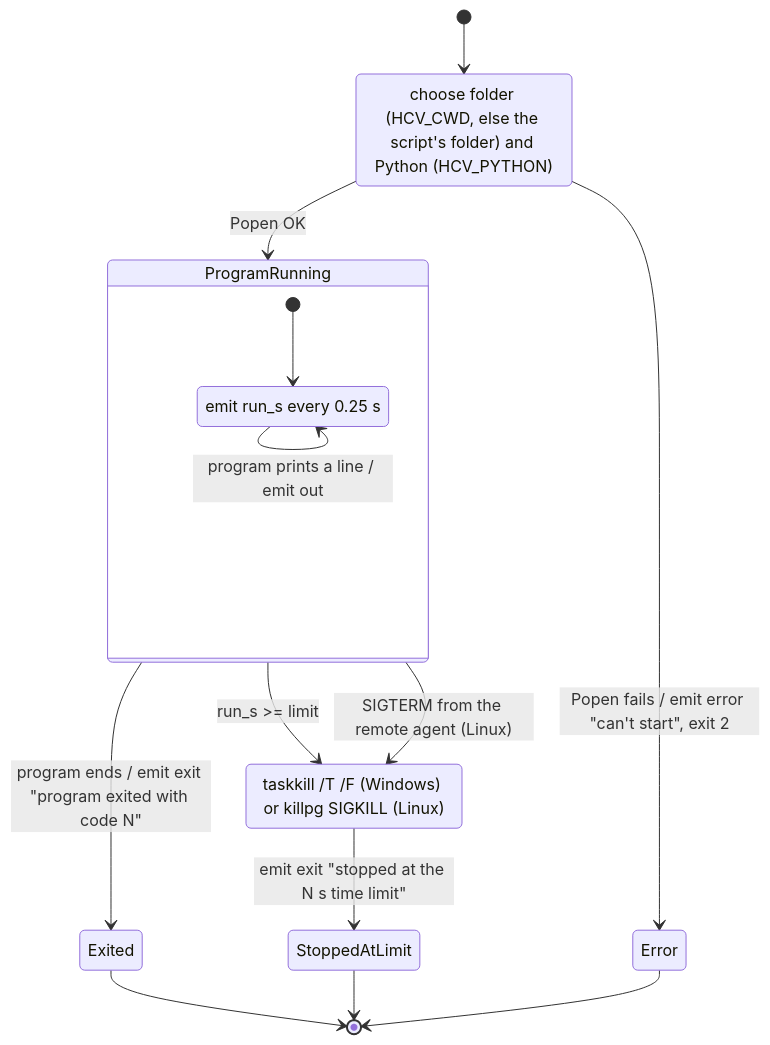
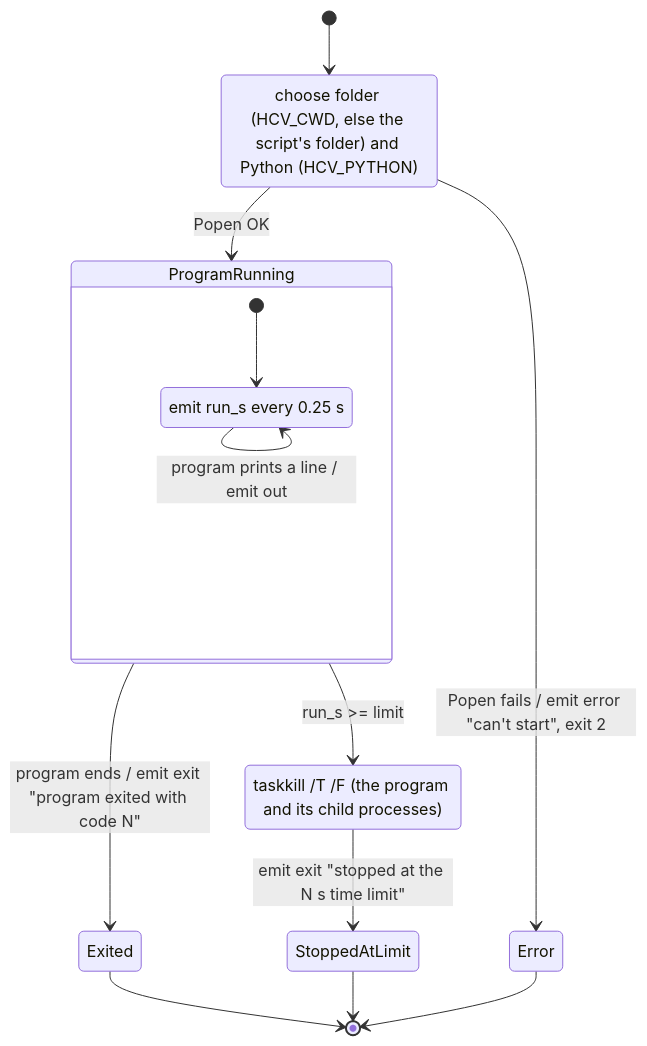
Before and after one commit to AndreMercado/HardwareComputeVisualizer: the third of 3 diagrams in docs/STATECHARTS.md, drawn with Mermaid. The commit also changed other lines of this file and 39 other files, not shown here.

````diff
--- a/docs/STATECHARTS.md
+++ b/docs/STATECHARTS.md
@@ -181,23 +141,22 @@
 ```mermaid
 stateDiagram-v2
     direction TB
     [*] --> Launch
     Launch : choose folder (HCV_CWD, else the script's folder) and Python (HCV_PYTHON)
     Launch --> Error : Popen fails / emit error "can't start", exit 2
     Launch --> ProgramRunning : Popen OK
 
     state ProgramRunning {
         [*] --> Heartbeat
         Heartbeat : emit run_s every 0.25 s
         Heartbeat --> Heartbeat : program prints a line / emit out
     }
     ProgramRunning --> Exited : program ends / emit exit "program exited with code N"
     ProgramRunning --> KillTree : run_s >= limit
-    KillTree : taskkill /T /F (Windows) or killpg SIGKILL (Linux)
+    KillTree : taskkill /T /F (the program and its child processes)
     KillTree --> StoppedAtLimit : emit exit "stopped at the N s time limit"
-    ProgramRunning --> KillTree : SIGTERM from the remote agent (Linux)
 
     Exited --> [*]
     StoppedAtLimit --> [*]
     Error --> [*]
 ```
````
